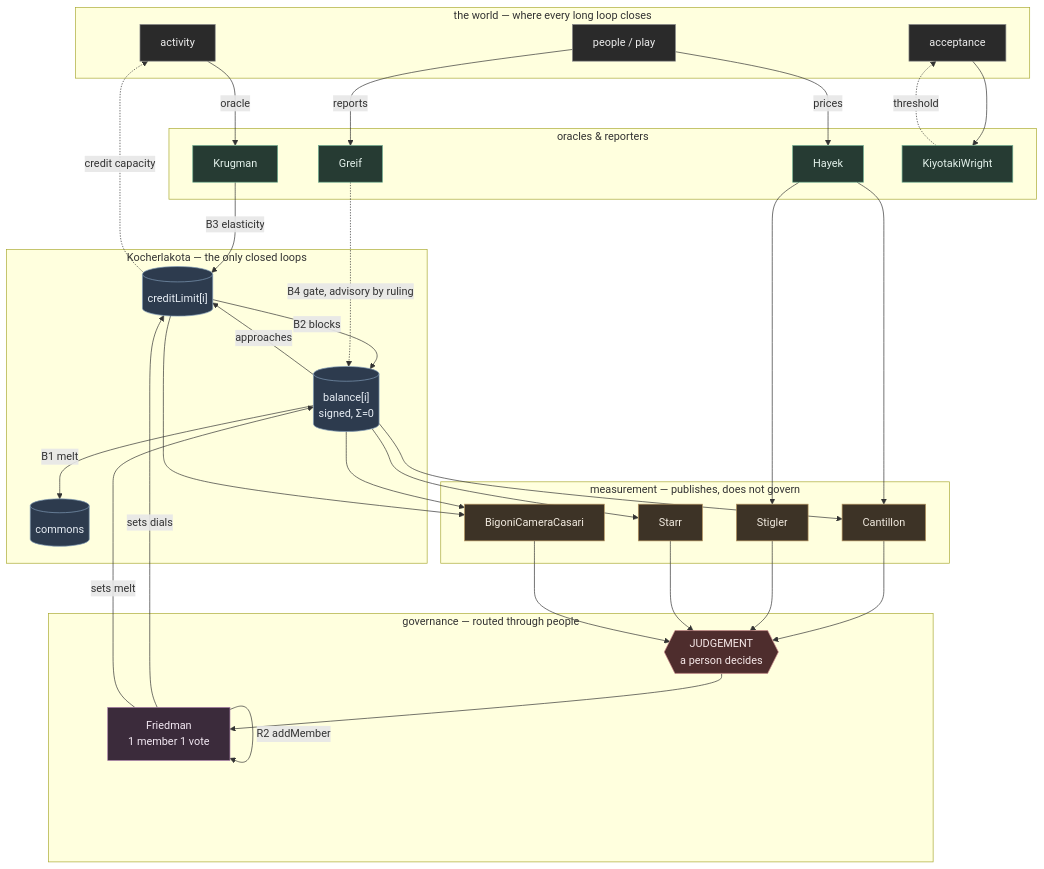
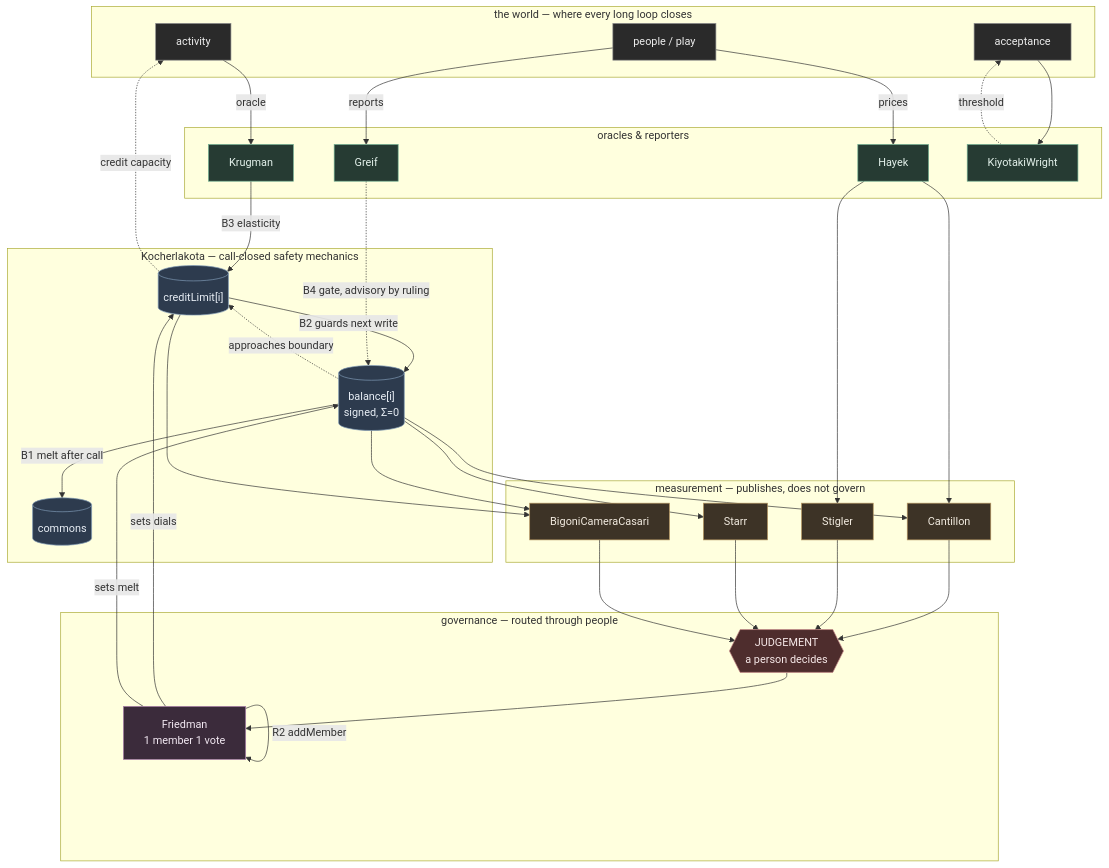
One commit to BramAlkema/BOVI changed the diagram in contracts/SYSTEM-DYNAMICS.md. Above: the diagram before and after it, drawn with Mermaid. The commit also changed other lines of this file and 24 other files, not shown here.

````diff
--- a/contracts/SYSTEM-DYNAMICS.md
+++ b/contracts/SYSTEM-DYNAMICS.md
@@ -154,68 +154,68 @@
 ```mermaid
 flowchart TB
     subgraph WORLD["the world — where every long loop closes"]
         ACT[activity]:::world
         ACC[acceptance]:::world
         PPL[people / play]:::world
     end
 
-    subgraph LEDGER["Kocherlakota — the only closed loops"]
+    subgraph LEDGER["Kocherlakota — call-closed safety mechanics"]
         BAL[("balance[i]<br/>signed, Σ=0")]:::stock
         LIM[("creditLimit[i]")]:::stock
         COM[("commons")]:::stock
-        BAL -->|B1 melt| COM
-        LIM -->|B2 blocks| BAL
-        BAL -->|approaches| LIM
+        BAL -->|B1 melt after call| COM
+        LIM -->|B2 guards next write| BAL
+        BAL -.->|approaches boundary| LIM
     end
 
     subgraph GOV["governance — routed through people"]
         FRI[Friedman<br/>1 member 1 vote]:::gov
         JUD{{JUDGEMENT<br/>a person decides}}:::human
         FRI -->|R2 addMember| FRI
     end
 
     subgraph FEED["oracles & reporters"]
         KRU[Krugman]:::gate
         HAY[Hayek]:::gate
         GRE[Greif]:::gate
         KW[KiyotakiWright]:::gate
     end
 
     subgraph METER["measurement — publishes, does not govern"]
         CAN[Cantillon]:::meter
         STI[Stigler]:::meter
         STA[Starr]:::meter
         BCC[BigoniCameraCasari]:::meter
     end
 
     ACT -->|oracle| KRU
     KRU -->|B3 elasticity| LIM
     LIM -.->|credit capacity| ACT
     ACC --> KW
     KW -.->|threshold| ACC
     PPL -->|reports| GRE
     GRE -.->|B4 gate, advisory by ruling| BAL
     PPL -->|prices| HAY
     HAY --> CAN
     HAY --> STI
 
     BAL --> CAN
     BAL --> BCC
     LIM --> BCC
     BAL --> STA
 
     CAN --> JUD
     STI --> JUD
     STA --> JUD
     BCC --> JUD
     JUD --> FRI
     FRI -->|sets dials| LIM
     FRI -->|sets melt| BAL
 
     classDef stock fill:#2d3b4e,stroke:#7f9ab5,color:#e8eef5
     classDef meter fill:#3d3326,stroke:#b5945f,color:#f2ebe0
     classDef gate fill:#263b33,stroke:#6fae90,color:#e4f2ec
     classDef gov fill:#3b2b3b,stroke:#a97fa9,color:#f2e8f2
     classDef human fill:#4e2d2d,stroke:#c98b8b,color:#f7e9e9
     classDef world fill:#2a2a2a,stroke:#8a8a8a,color:#ededed
 ```
````
